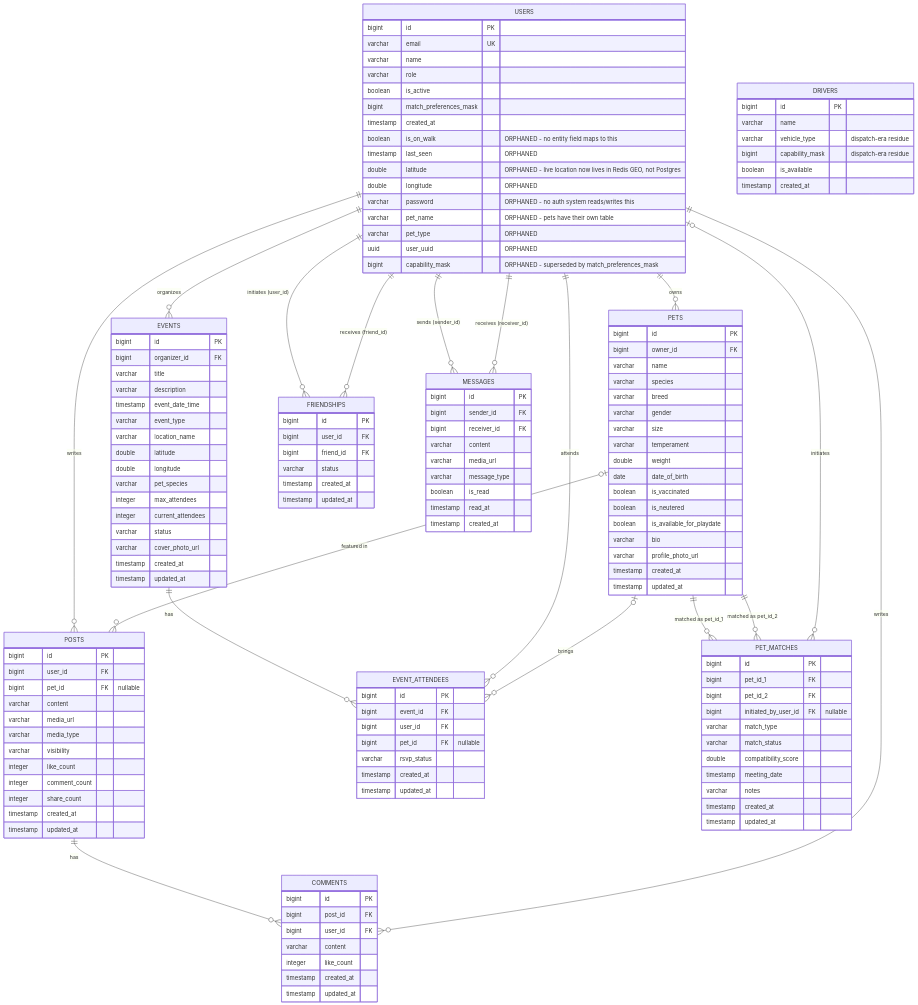
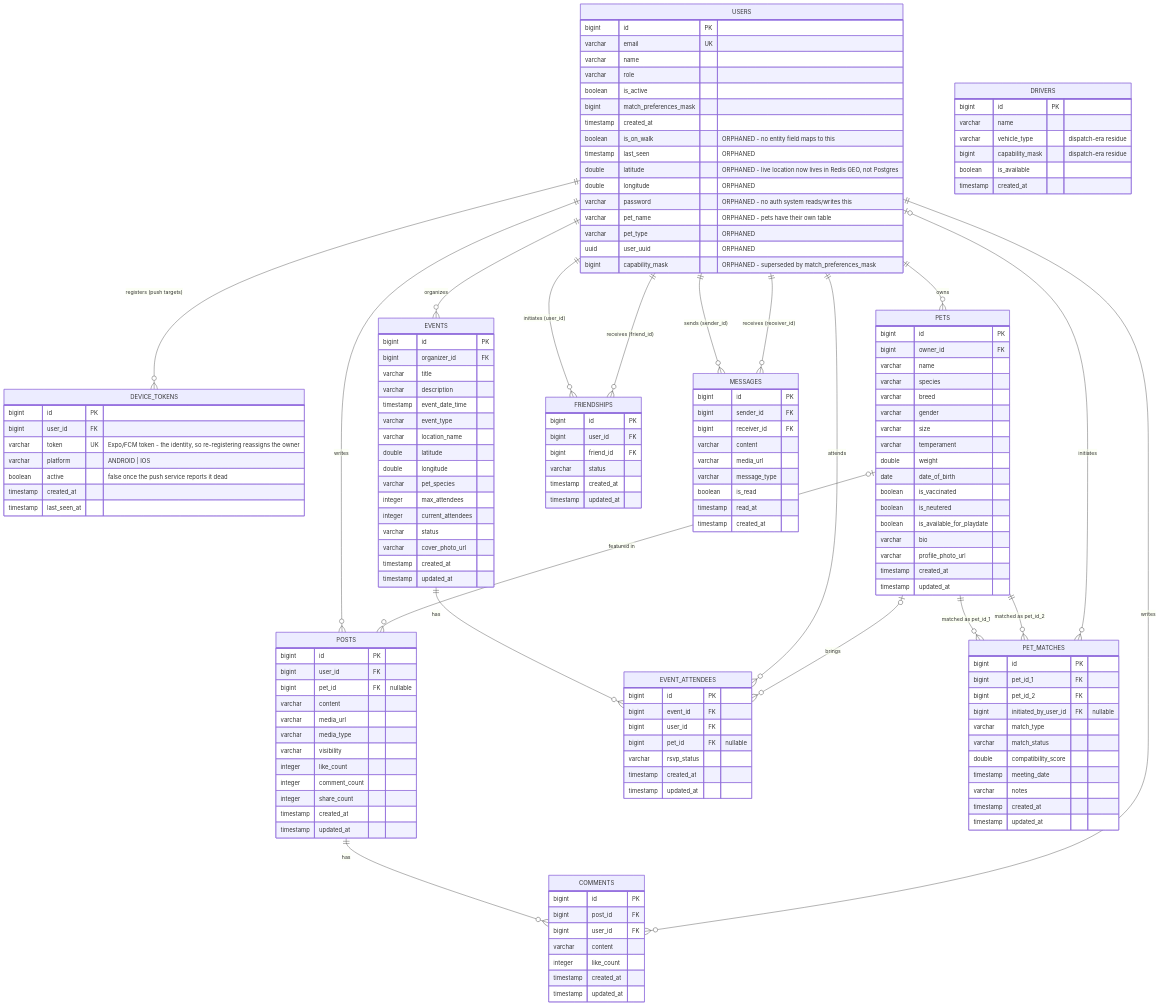
Before and after one commit to huangjIT/capstone: the first of 2 diagrams in backend/ERD.md, drawn with Mermaid. The commit also changed 6 other files, not shown here.

```diff
--- a/backend/ERD.md
+++ b/backend/ERD.md
@@ -26,6 +26,16 @@
         varchar pet_type "ORPHANED"
         uuid user_uuid "ORPHANED"
         bigint capability_mask "ORPHANED - superseded by match_preferences_mask"
+    }
+
+    DEVICE_TOKENS {
+        bigint id PK
+        bigint user_id FK
+        varchar token UK "Expo/FCM token - the identity, so re-registering reassigns the owner"
+        varchar platform "ANDROID | IOS"
+        boolean active "false once the push service reports it dead"
+        timestamp created_at
+        timestamp last_seen_at
     }
 
     PETS {
@@ -147,6 +157,7 @@
     }
 
     USERS ||--o{ PETS : owns
+    USERS ||--o{ DEVICE_TOKENS : "registers (push targets)"
     USERS ||--o{ POSTS : writes
     PETS  |o--o{ POSTS : "featured in"
     POSTS ||--o{ COMMENTS : has
```
